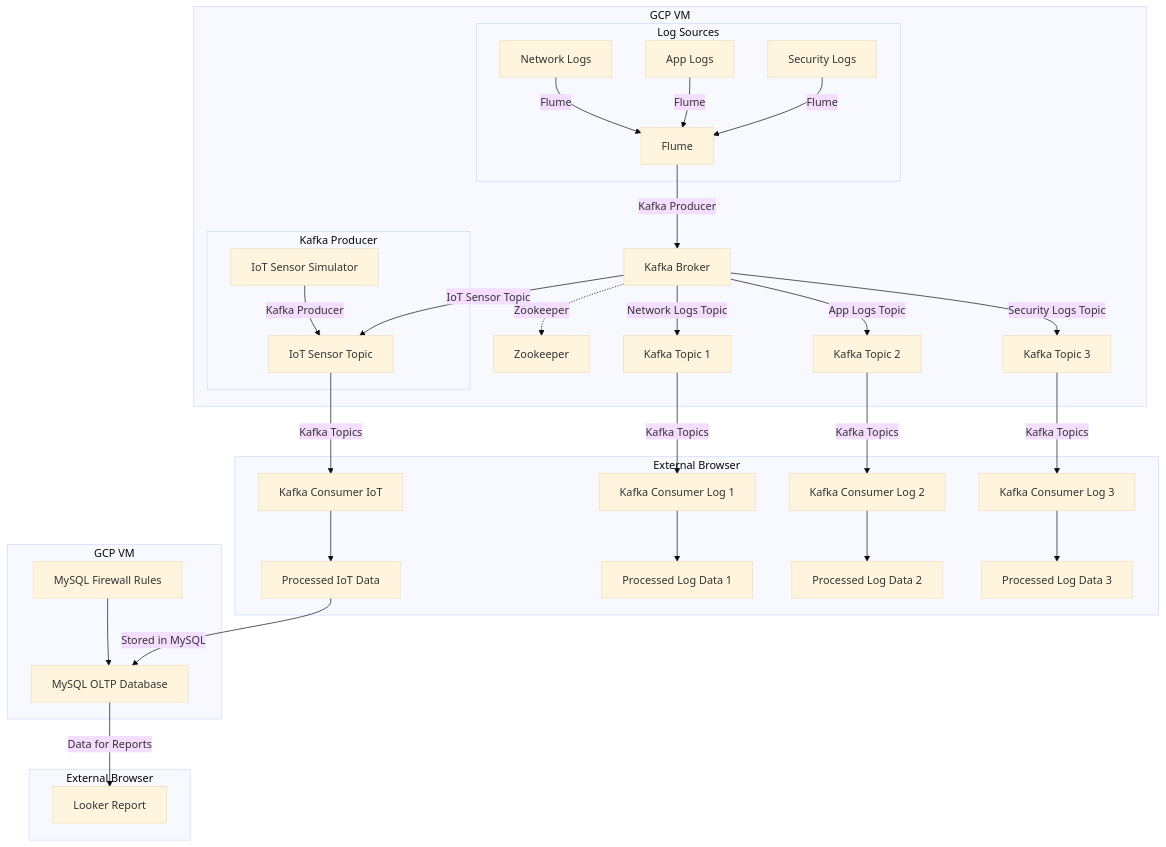
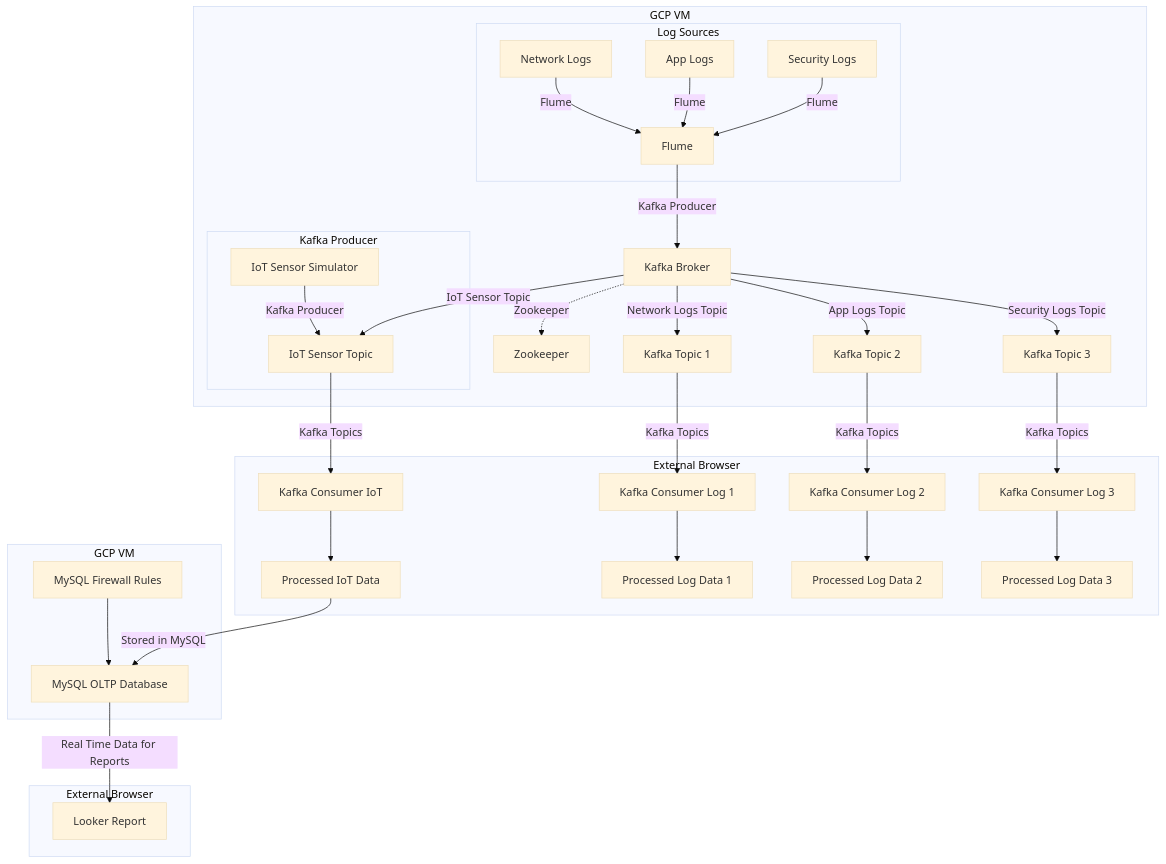
One commit to TejasJay/DE_EndToEnd_ETL_Sensor_Logs changed the diagram in README.md. Above: the diagram before and after it, drawn with Mermaid (base theme).

````diff
--- a/README.md
+++ b/README.md
@@ -6,44 +6,44 @@
 ```mermaid
 graph TD
     subgraph GCP_VM1 [GCP VM]
         subgraph Log Sources
             A1[Network Logs] -->|Flume| F1
             A2[App Logs] -->|Flume| F1
             A3[Security Logs] -->|Flume| F1
         end
         subgraph Kafka Producer
             IOT[IoT Sensor Simulator] -->|Kafka Producer| F2[IoT Sensor Topic]
         end
         F1[Flume] -->|Kafka Producer| B1[Kafka Broker]
         B1 -.->|Zookeeper| ZK[Zookeeper]
         B1 -->|Network Logs Topic| T1[Kafka Topic 1]
         B1 -->|App Logs Topic| T2[Kafka Topic 2]
         B1 -->|Security Logs Topic| T3[Kafka Topic 3]
         B1 -->|IoT Sensor Topic| F2
     end
 
     subgraph External_Browser1 [External Browser]
         K1[Kafka Consumer Log 1] --> P1[Processed Log Data 1]
         K2[Kafka Consumer Log 2] --> P2[Processed Log Data 2]
         K3[Kafka Consumer Log 3] --> P3[Processed Log Data 3]
         K4[Kafka Consumer IoT] --> P4[Processed IoT Data]
     end
 
     subgraph External_Browser2 [External Browser]
         R[Looker Report]
     end
 
     subgraph GCP_VM2 [GCP VM]
         OLTP[MySQL OLTP Database]
         FW[MySQL Firewall Rules] --> OLTP
         P4 -->|Stored in MySQL| OLTP
     end
 
     T1 -->|Kafka Topics| K1
     T2 -->|Kafka Topics| K2
     T3 -->|Kafka Topics| K3
     F2 -->|Kafka Topics| K4
-    OLTP -->|Data for Reports| R
+    OLTP -->|Real Time Data for Reports| R
 
 
 ```
````
